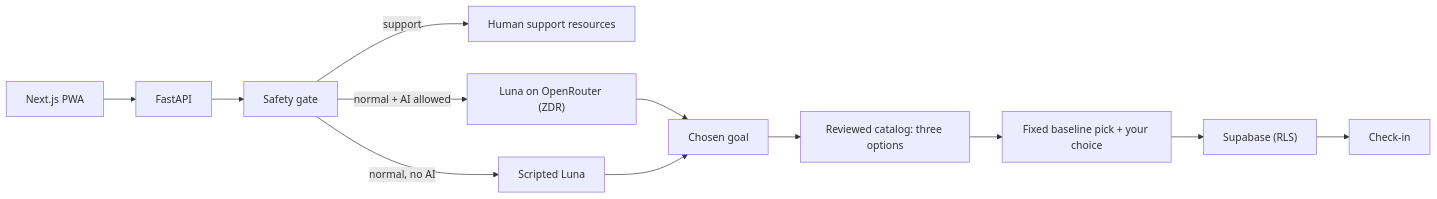
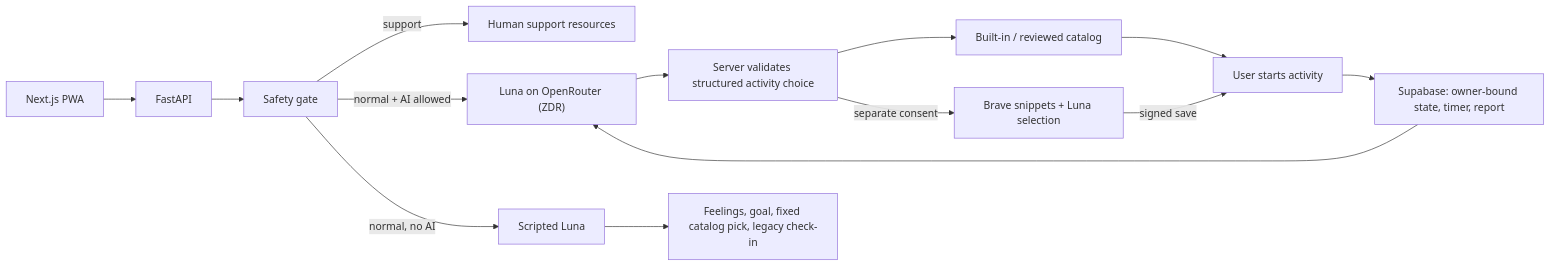
One commit to yusenrong46-afk/JournalPulse changed the diagram in README.md. Above: the diagram before and after it, drawn with Mermaid. The commit also changed other lines of this file and 1083 other files, not shown here.

First line of the commit message:
Add connected Luna guided activities and audit evidence

````diff
--- a/README.md
+++ b/README.md
@@ -41,14 +50,16 @@
 ```mermaid
 flowchart LR
   PWA["Next.js PWA"] --> API["FastAPI"]
   API --> SAFE["Safety gate"]
   SAFE -->|support| HUMAN["Human support resources"]
   SAFE -->|normal + AI allowed| LLM["Luna on OpenRouter (ZDR)"]
   SAFE -->|normal, no AI| GUIDED["Scripted Luna"]
-  LLM --> GOAL["Chosen goal"]
-  GUIDED --> GOAL
-  GOAL --> CATALOG["Reviewed catalog: three options"]
-  CATALOG --> POLICY["Fixed baseline pick + your choice"]
-  POLICY --> DB["Supabase (RLS)"]
-  DB --> OUTCOME["Check-in"]
+  LLM --> VALIDATE["Server validates structured activity choice"]
+  VALIDATE --> CATALOG["Built-in / reviewed catalog"]
+  VALIDATE -->|separate consent| SEARCH["Brave snippets + Luna selection"]
+  CATALOG --> START["User starts activity"]
+  SEARCH -->|signed save| START
+  START --> DB["Supabase: owner-bound state, timer, report"]
+  DB --> LLM
+  GUIDED --> LEGACY["Feelings, goal, fixed catalog pick, legacy check-in"]
 ```
````
